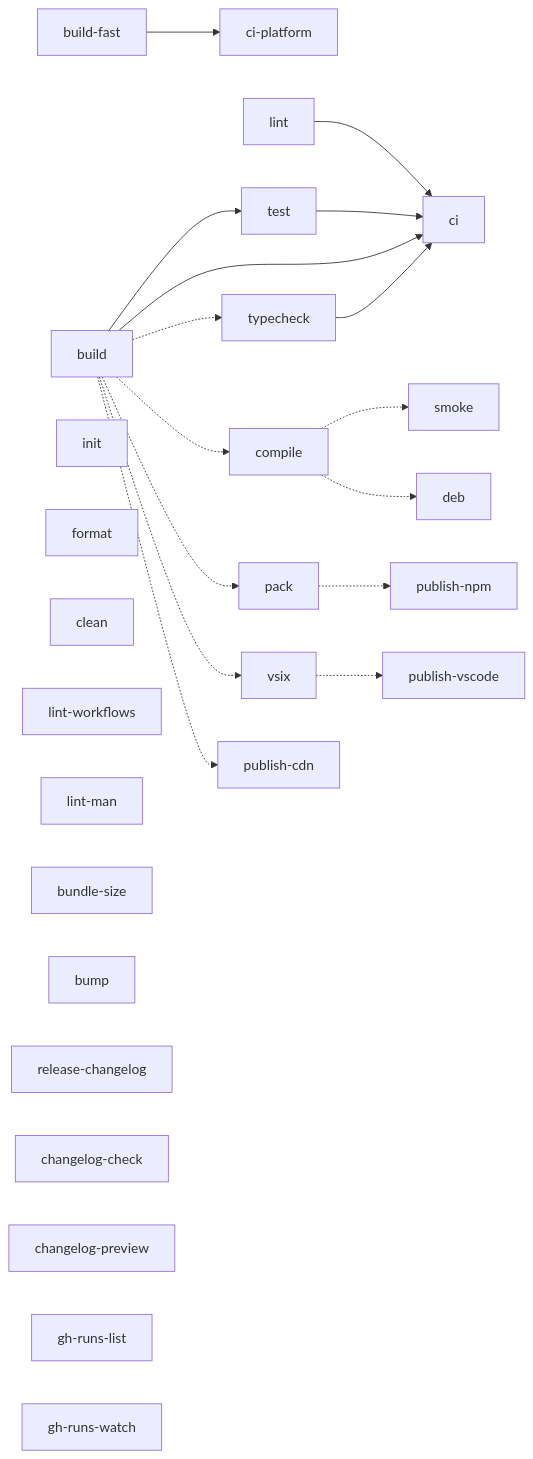
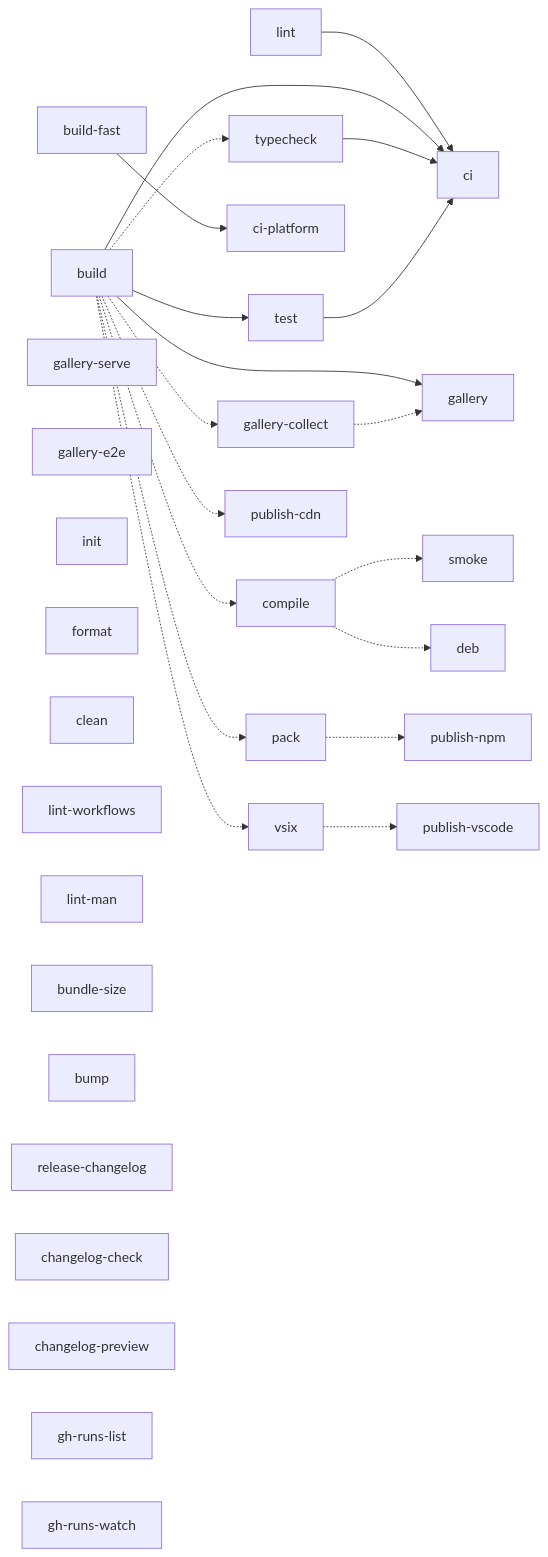
One commit to lolay/nowline changed the diagram in Makefile.md. Above: the diagram before and after it, drawn with Mermaid. The commit also changed other lines of this file and 29 other files, not shown here.

````diff
--- a/Makefile.md
+++ b/Makefile.md
@@ -12,38 +12,43 @@
 ```mermaid
 graph LR
     %% solid = hard prerequisite (make runs the left target first)
     build --> test
     lint --> ci
     build --> ci
     typecheck --> ci
     test --> ci
     build_fast["build-fast"] --> ci_platform["ci-platform"]
+    build --> gallery
 
     %% dotted = consumes the left target's output but is not a hard make
     %% prerequisite: typecheck is ordered after build inside ci instead, and
     %% the release artifacts come from a separate CI job (see "Why publish-*
     %% don't hard-depend on build" below)
     build -.-> typecheck
     build -.-> compile
     compile -.-> smoke
     compile -.-> deb
     build -.-> pack
     build -.-> vsix
     pack -.-> publish_npm["publish-npm"]
     vsix -.-> publish_vscode["publish-vscode"]
     build -.-> publish_cdn["publish-cdn"]
+    build -.-> gallery_collect["gallery-collect"]
+    gallery_collect -.-> gallery
 
     %% standalone
+    gallery_serve["gallery-serve"]
+    gallery_e2e["gallery-e2e"]
     init
     format
     clean
     lint_workflows["lint-workflows"]
     lint_man["lint-man"]
     bundle_size["bundle-size"]
     bump
     release_changelog["release-changelog"]
     changelog_check["changelog-check"]
     changelog_preview["changelog-preview"]
     gh_runs_list["gh-runs-list"]
     gh_runs_watch["gh-runs-watch"]
 ```
````
